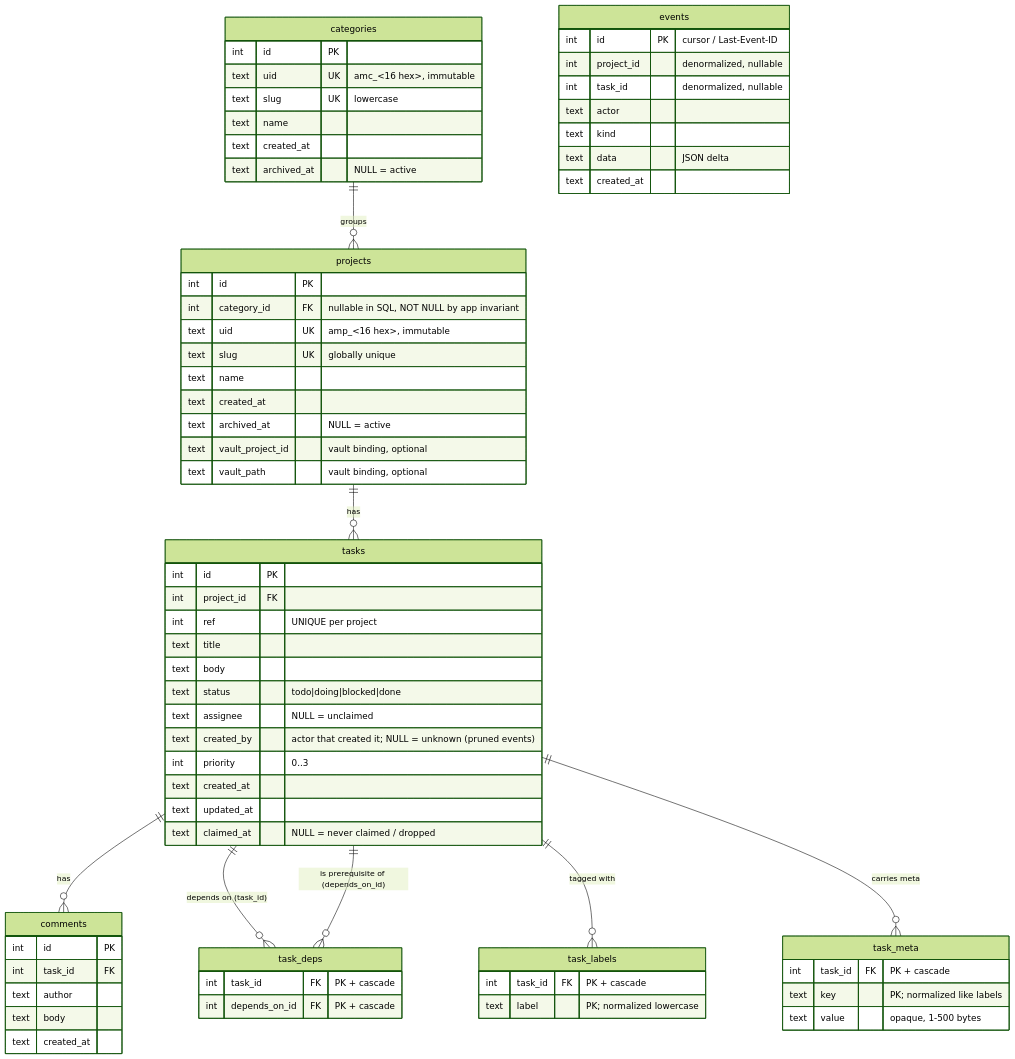
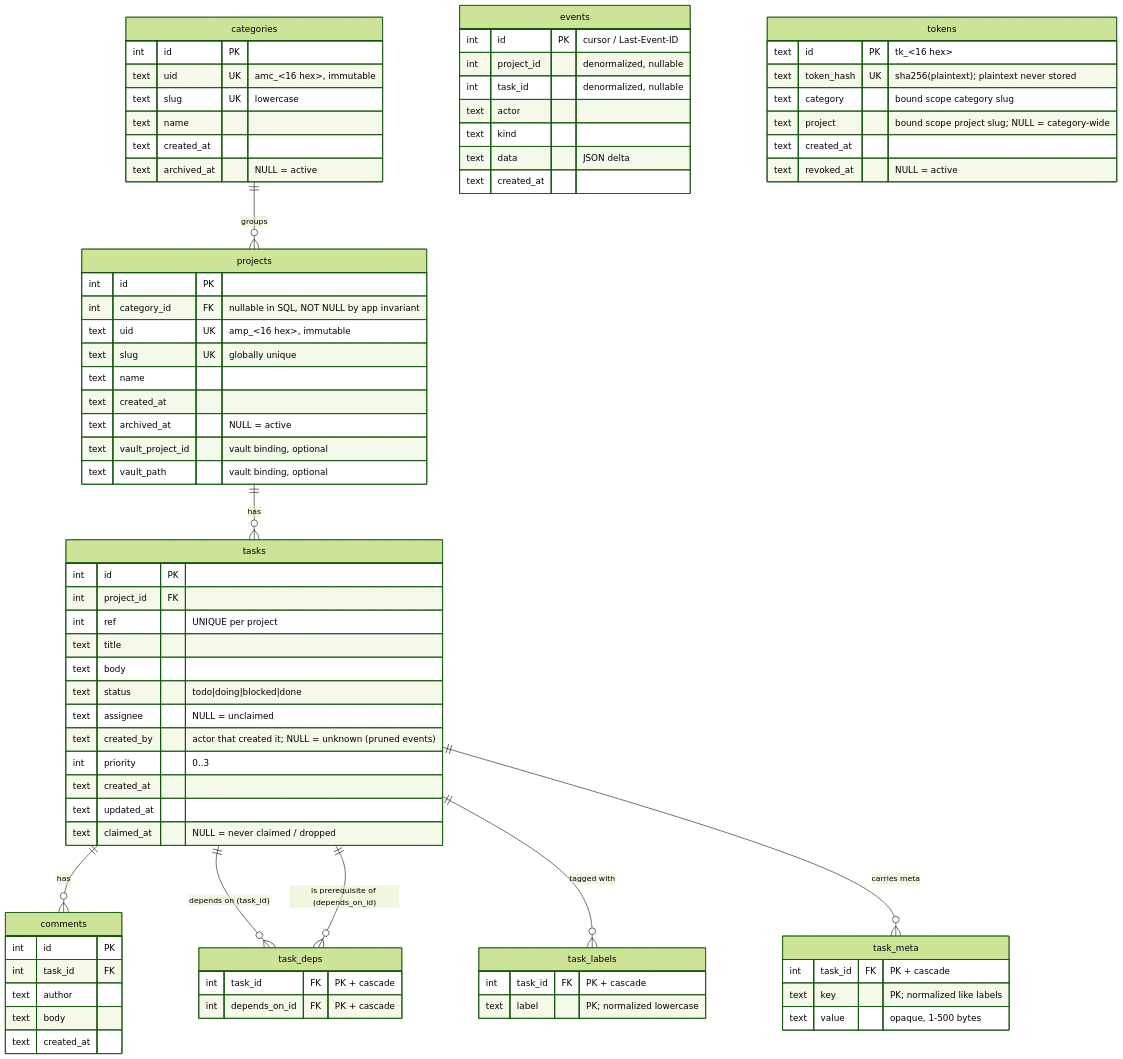
Before and after one commit to RamiAltai/agentman: the diagram in architecture/data-model.md, drawn with Mermaid (forest theme). The commit also changed other lines of this file and 14 other files, not shown here.

Commit message:
docs: sync references for phase s scope tokens

````diff
--- a/architecture/data-model.md
+++ b/architecture/data-model.md
@@ -315,72 +337,80 @@
 ```mermaid
 erDiagram
   categories ||--o{ projects : "groups"
   projects ||--o{ tasks : "has"
   tasks ||--o{ comments : "has"
   tasks ||--o{ task_deps : "depends on (task_id)"
   tasks ||--o{ task_deps : "is prerequisite of (depends_on_id)"
   tasks ||--o{ task_labels : "tagged with"
   tasks ||--o{ task_meta : "carries meta"
   categories {
     int id PK
     text uid UK "amc_<16 hex>, immutable"
     text slug UK "lowercase"
     text name
     text created_at
     text archived_at "NULL = active"
   }
   projects {
     int id PK
     int category_id FK "nullable in SQL, NOT NULL by app invariant"
     text uid UK "amp_<16 hex>, immutable"
     text slug UK "globally unique"
     text name
     text created_at
     text archived_at "NULL = active"
     text vault_project_id "vault binding, optional"
     text vault_path "vault binding, optional"
   }
   tasks {
     int id PK
     int project_id FK
     int ref "UNIQUE per project"
     text title
     text body
     text status "todo|doing|blocked|done"
     text assignee "NULL = unclaimed"
     text created_by "actor that created it; NULL = unknown (pruned events)"
     int priority "0..3"
     text created_at
     text updated_at
     text claimed_at "NULL = never claimed / dropped"
   }
   task_deps {
     int task_id FK "PK + cascade"
     int depends_on_id FK "PK + cascade"
   }
   task_labels {
     int task_id FK "PK + cascade"
     text label "PK; normalized lowercase"
   }
   task_meta {
     int task_id FK "PK + cascade"
     text key "PK; normalized like labels"
     text value "opaque, 1-500 bytes"
   }
   comments {
     int id PK
     int task_id FK
     text author
     text body
     text created_at
   }
   events {
     int id PK "cursor / Last-Event-ID"
     int project_id "denormalized, nullable"
     int task_id "denormalized, nullable"
     text actor
     text kind
     text data "JSON delta"
     text created_at
   }
+  tokens {
+    text id PK "tk_<16 hex>"
+    text token_hash UK "sha256(plaintext); plaintext never stored"
+    text category "bound scope category slug"
+    text project "bound scope project slug; NULL = category-wide"
+    text created_at
+    text revoked_at "NULL = active"
+  }
 ```
````
